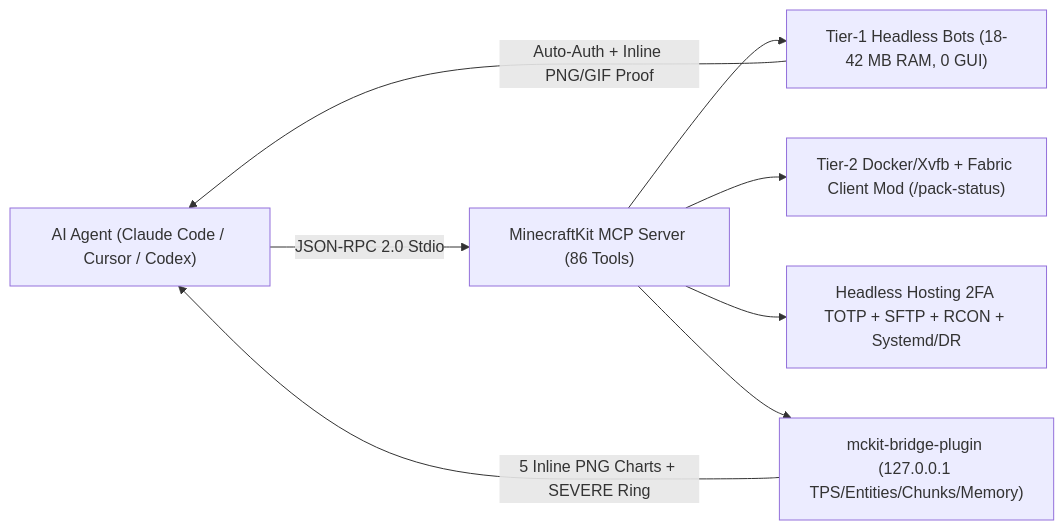
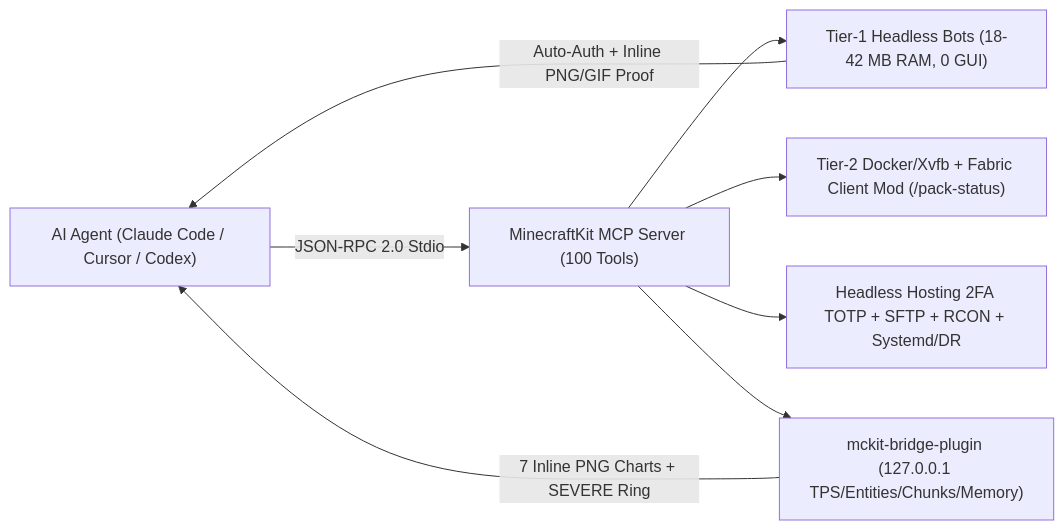
The diagram in README.md (SalyyS1/minecraftkit), drawn with Mermaid before and after one commit. The commit also changed other lines of this file and 15 other files, not shown here.

Commit message:
feat(v8.6.0): Century Edition — reach 100 verified stdio MCP tools + 7th inline PNG chart

````diff
--- a/README.md
+++ b/README.md
@@ -12,10 +12,10 @@
 ```mermaid
 flowchart LR
-  AI["AI Agent (Claude Code / Cursor / Codex)"] -->|JSON-RPC 2.0 Stdio| MCP["MinecraftKit MCP Server (86 Tools)"]
+  AI["AI Agent (Claude Code / Cursor / Codex)"] -->|JSON-RPC 2.0 Stdio| MCP["MinecraftKit MCP Server (100 Tools)"]
   MCP --> BOT["Tier-1 Headless Bots (18-42 MB RAM, 0 GUI)"]
   MCP --> VIS["Tier-2 Docker/Xvfb + Fabric Client Mod (/pack-status)"]
   MCP --> OPS["Headless Hosting 2FA TOTP + SFTP + RCON + Systemd/DR"]
   MCP --> BRIDGE["mckit-bridge-plugin (127.0.0.1 TPS/Entities/Chunks/Memory)"]
   BOT -->|Auto-Auth + Inline PNG/GIF Proof| AI
-  BRIDGE -->|5 Inline PNG Charts + SEVERE Ring| AI
+  BRIDGE -->|7 Inline PNG Charts + SEVERE Ring| AI
 ```
````
